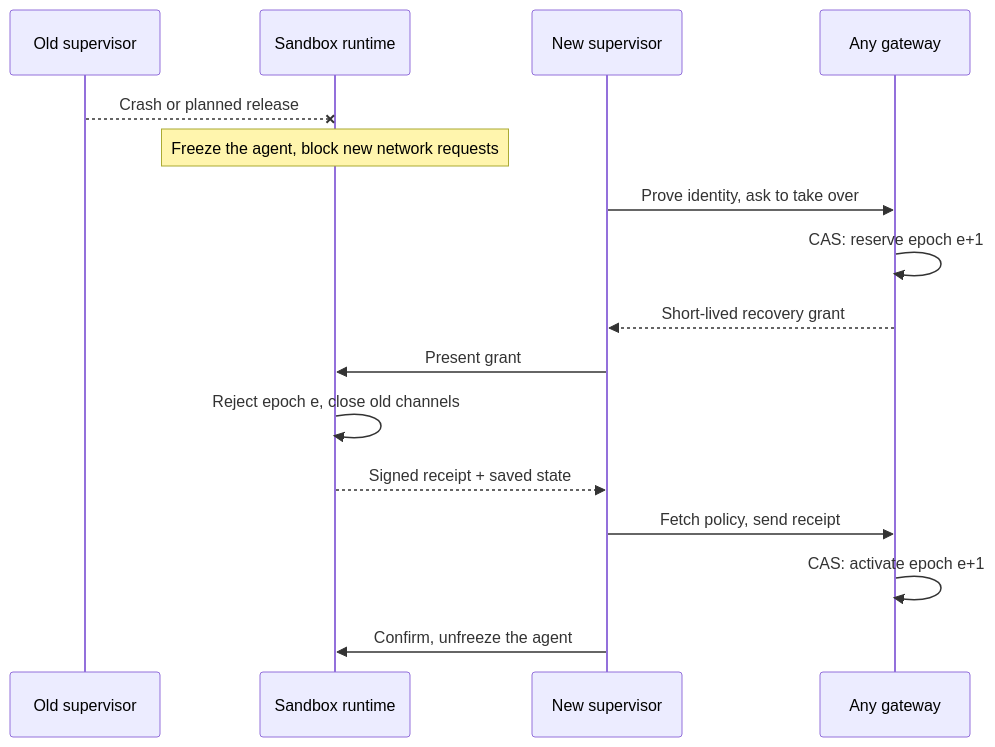
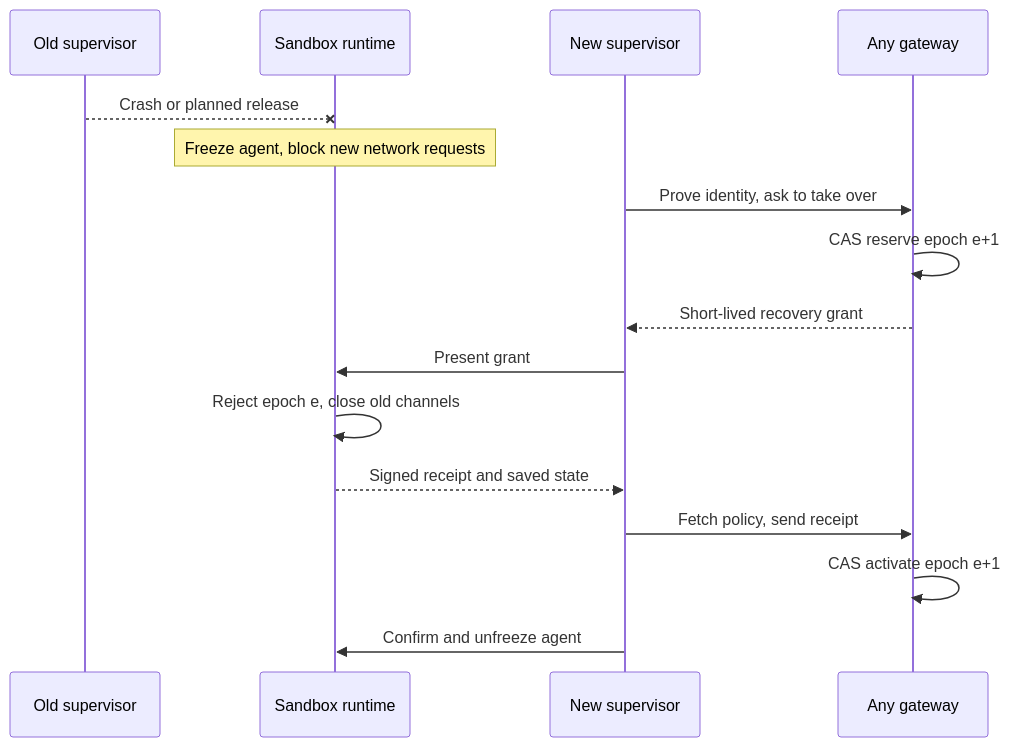
Before and after one commit to FrostGod/OpenShell: the second of 2 diagrams in rfc/0018-multi-sandbox-ha-supervisors/README.md, drawn with Mermaid. The commit also changed other lines of this file, not shown here.

````diff
--- a/rfc/0018-multi-sandbox-ha-supervisors/README.md
+++ b/rfc/0018-multi-sandbox-ha-supervisors/README.md
@@ -122,18 +117,18 @@
 ```mermaid
 sequenceDiagram
-    participant O as Old supervisor
-    participant R as Sandbox runtime
-    participant C as New supervisor
-    participant G as Any gateway
-    O--xR: Crash or planned release
-    Note over R: Freeze the agent, block new network requests
-    C->>G: Prove identity, ask to take over
-    G->>G: CAS: reserve epoch e+1
-    G-->>C: Short-lived recovery grant
-    C->>R: Present grant
-    R->>R: Reject epoch e, close old channels
-    R-->>C: Signed receipt + saved state
-    C->>G: Fetch policy, send receipt
-    G->>G: CAS: activate epoch e+1
-    C->>R: Confirm, unfreeze the agent
+    participant Old as Old supervisor
+    participant RT as Sandbox runtime
+    participant New as New supervisor
+    participant GW as Any gateway
+    Old--xRT: Crash or planned release
+    Note over RT: Freeze agent, block new network requests
+    New->>GW: Prove identity, ask to take over
+    GW->>GW: CAS reserve epoch e+1
+    GW-->>New: Short-lived recovery grant
+    New->>RT: Present grant
+    RT->>RT: Reject epoch e, close old channels
+    RT-->>New: Signed receipt and saved state
+    New->>GW: Fetch policy, send receipt
+    GW->>GW: CAS activate epoch e+1
+    New->>RT: Confirm and unfreeze agent
 ```
````
